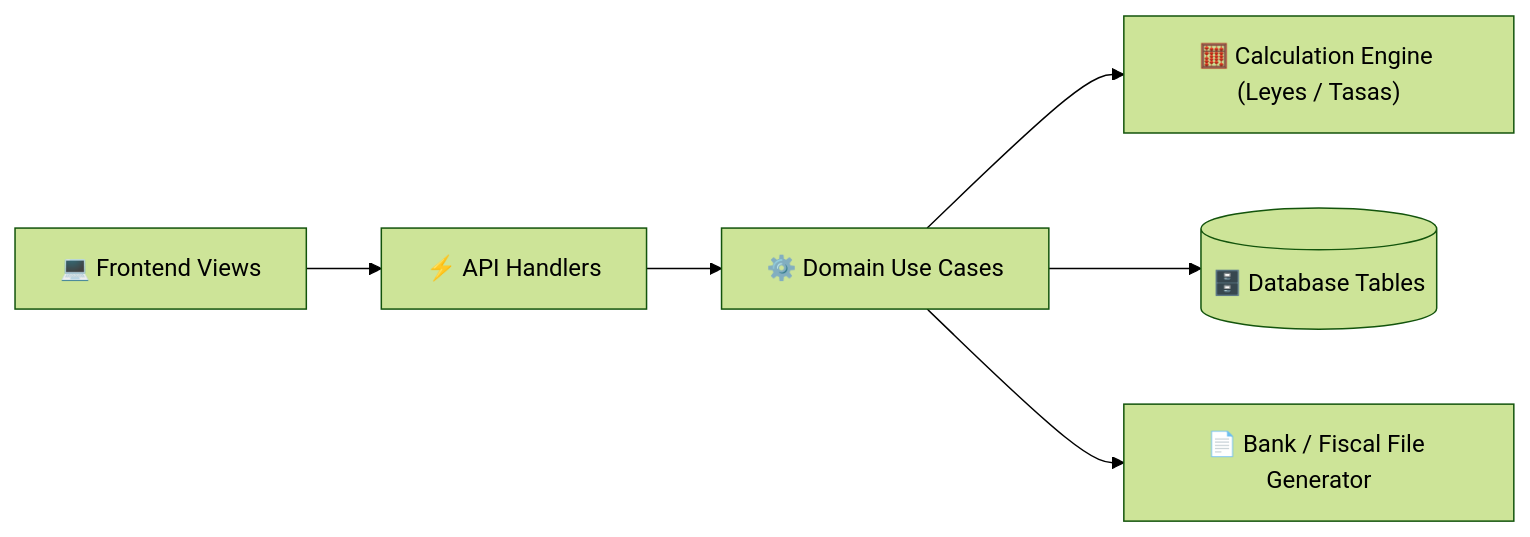
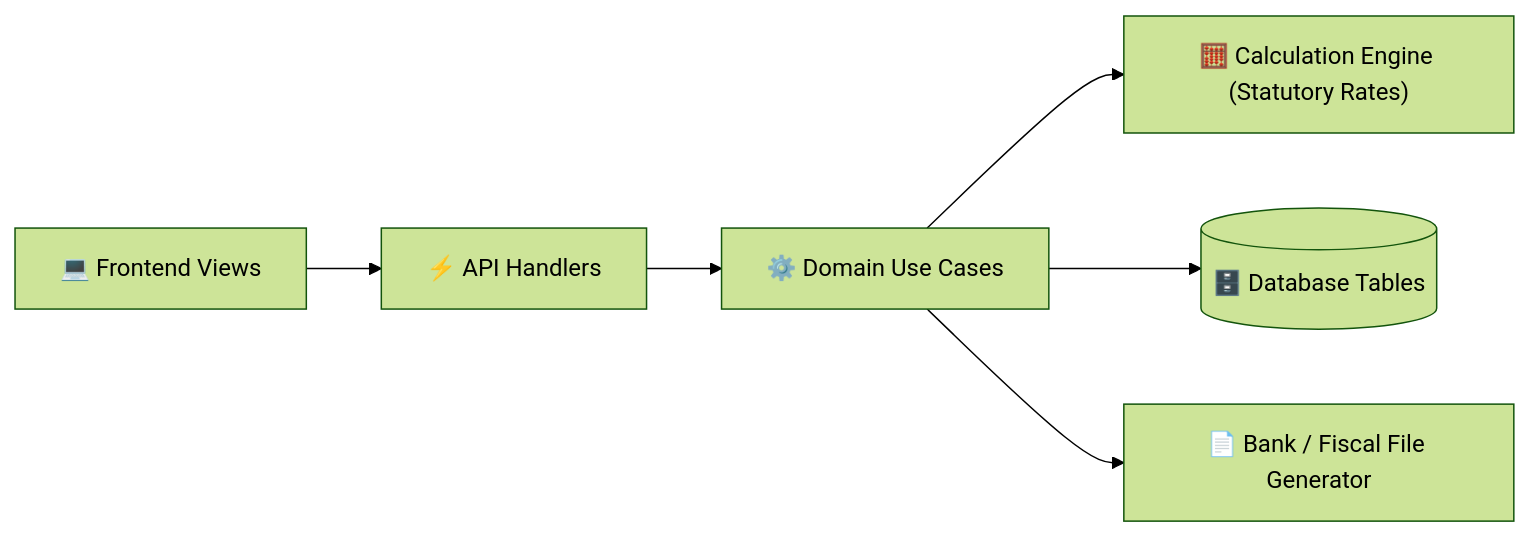
One commit to JeremyJS20/sdd-standard-light changed the second of 3 diagrams in core/templates/module-documentation-template.md. Above: the diagram before and after it, drawn with Mermaid (forest theme). The commit also changed other lines of this file and 8 other files, not shown here.

````diff
--- a/core/templates/module-documentation-template.md
+++ b/core/templates/module-documentation-template.md
@@ -55,8 +55,8 @@
 ```mermaid
 flowchart LR
     UI["💻 Frontend Views"] --> API["⚡ API Handlers"]
     API --> UC["⚙️ Domain Use Cases"]
-    UC --> Engine["🧮 Calculation Engine (Leyes / Tasas)"]
+    UC --> Engine["🧮 Calculation Engine (Statutory Rates)"]
     UC --> DB[("🗄️ Database Tables")]
     UC --> FileGen["📄 Bank / Fiscal File Generator"]
 ```
````
